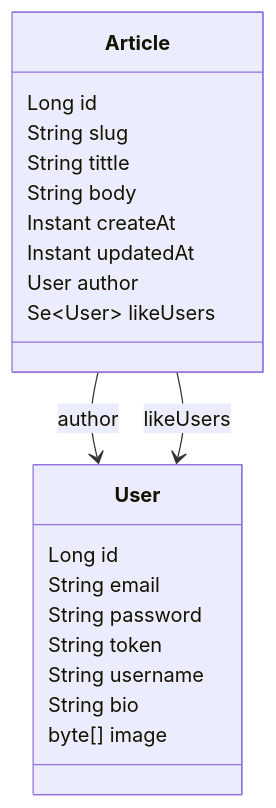
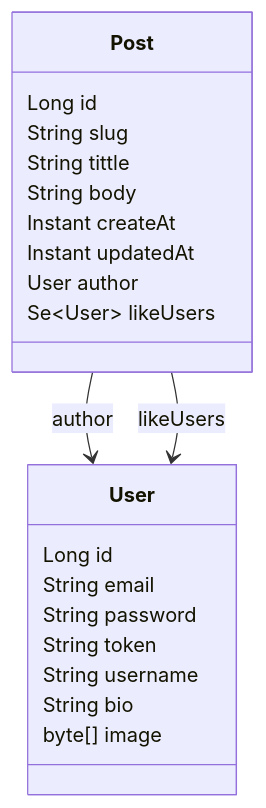
One commit to comru/jpa-partial-load changed the diagram in README.md. Above: the diagram before and after it, drawn with Mermaid. The commit also changed other lines of this file and 7 other files, not shown here.

````diff
--- a/README.md
+++ b/README.md
@@ -80,24 +64,24 @@
 ```mermaid
 classDiagram
-    Article --> User: author
-    Article --> User: likeUsers
-    class Article {
+    Post --> User: author
+    Post --> User: likeUsers
+    class Post {
         Long id
         String slug
         String tittle
         String body
         Instant createAt
         Instant updatedAt
         User author
         Se~User~ likeUsers
     }
     class User {
         Long id
         String email
         String password
         String token
         String username
         String bio
         byte[] image
     }
 ```
````
